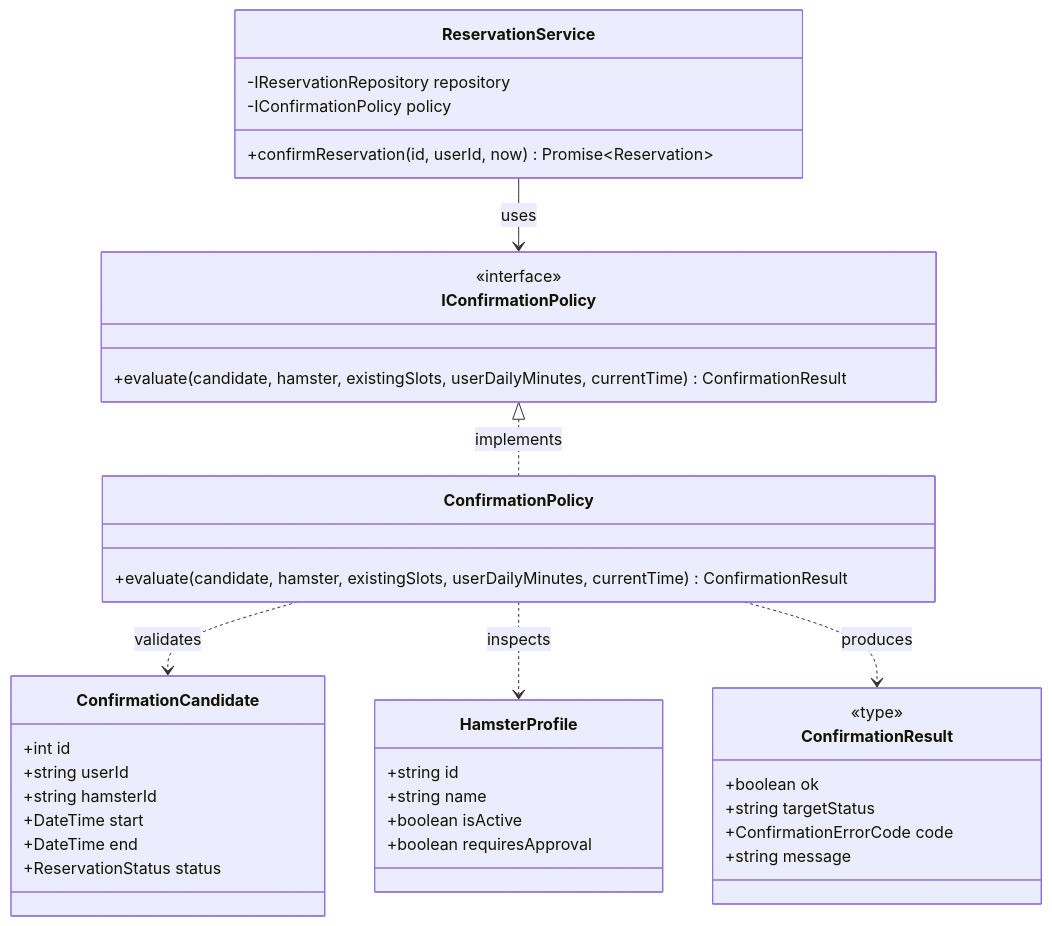
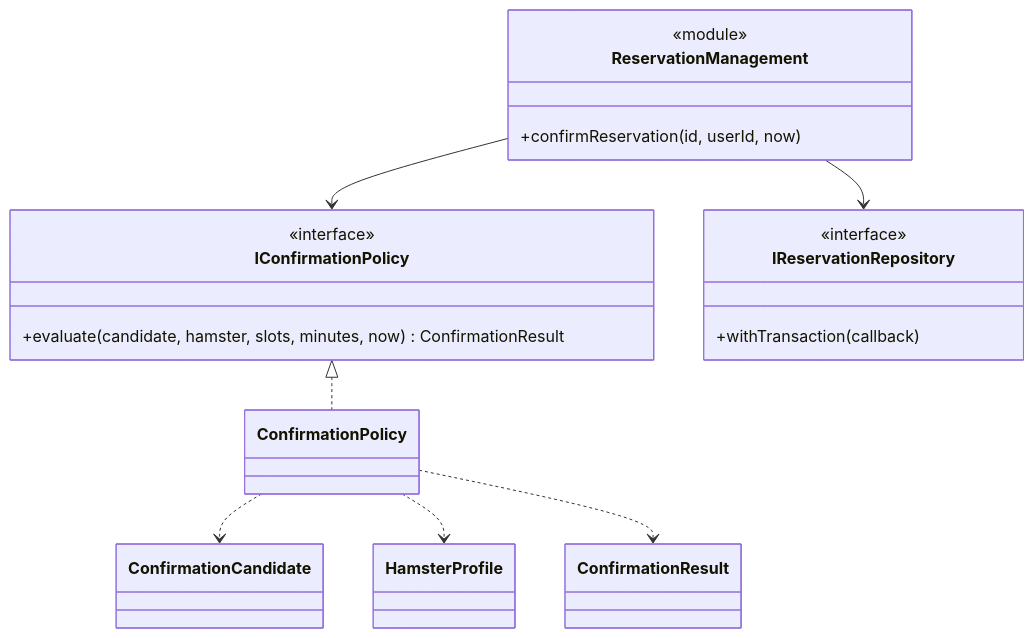
One commit to tomaskirnig/SWI_2027 changed the seventh of 8 diagrams in docs/architecture-and-decisions.md. Above: the diagram before and after it, drawn with Mermaid. The commit also changed other lines of this file and 12 other files, not shown here.

````diff
--- a/docs/architecture-and-decisions.md
+++ b/docs/architecture-and-decisions.md
@@ -949,49 +827,25 @@
 ```mermaid
 classDiagram
-    direction TB
-
+    class ReservationManagement {
+        <<module>>
+        +confirmReservation(id, userId, now)
+    }
     class IConfirmationPolicy {
         <<interface>>
-        +evaluate(candidate, hamster, existingSlots, userDailyMinutes, currentTime) ConfirmationResult
+        +evaluate(candidate, hamster, slots, minutes, now) ConfirmationResult
     }
-
-    class ConfirmationPolicy {
-        +evaluate(candidate, hamster, existingSlots, userDailyMinutes, currentTime) ConfirmationResult
+    class ConfirmationPolicy
+    class ConfirmationCandidate
+    class HamsterProfile
+    class ConfirmationResult
+    class IReservationRepository {
+        <<interface>>
+        +withTransaction(callback)
     }
-
-    class ConfirmationCandidate {
-        +int id
-        +string userId
-        +string hamsterId
-        +DateTime start
-        +DateTime end
-        +ReservationStatus status
-    }
-
-    class HamsterProfile {
-        +string id
-        +string name
-        +boolean isActive
-        +boolean requiresApproval
-    }
-
-    class ConfirmationResult {
-        <<type>>
-        +boolean ok
-        +string targetStatus
-        +ConfirmationErrorCode code
-        +string message
-    }
-
-    class ReservationService {
-        -IReservationRepository repository
-        -IConfirmationPolicy policy
-        +confirmReservation(id, userId, now) Promise~Reservation~
-    }
-
-    IConfirmationPolicy <|.. ConfirmationPolicy : implements
-    ReservationService --> IConfirmationPolicy : uses
-    ConfirmationPolicy ..> ConfirmationCandidate : validates
-    ConfirmationPolicy ..> HamsterProfile : inspects
-    ConfirmationPolicy ..> ConfirmationResult : produces
+    IConfirmationPolicy <|.. ConfirmationPolicy
+    ReservationManagement --> IConfirmationPolicy
+    ReservationManagement --> IReservationRepository
+    ConfirmationPolicy ..> ConfirmationCandidate
+    ConfirmationPolicy ..> HamsterProfile
+    ConfirmationPolicy ..> ConfirmationResult
 ```
````
